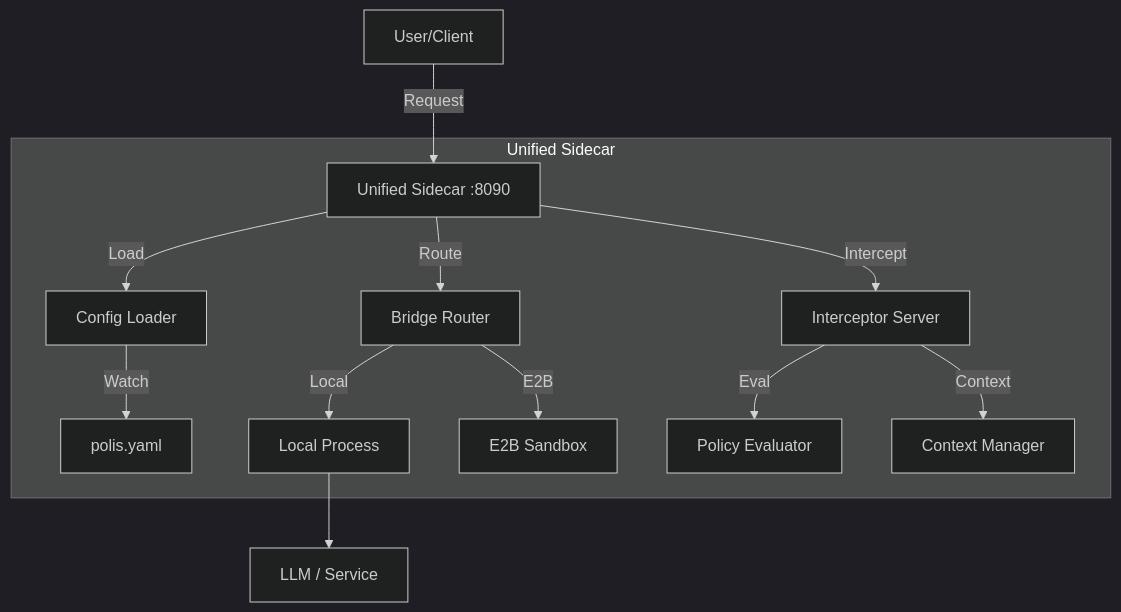
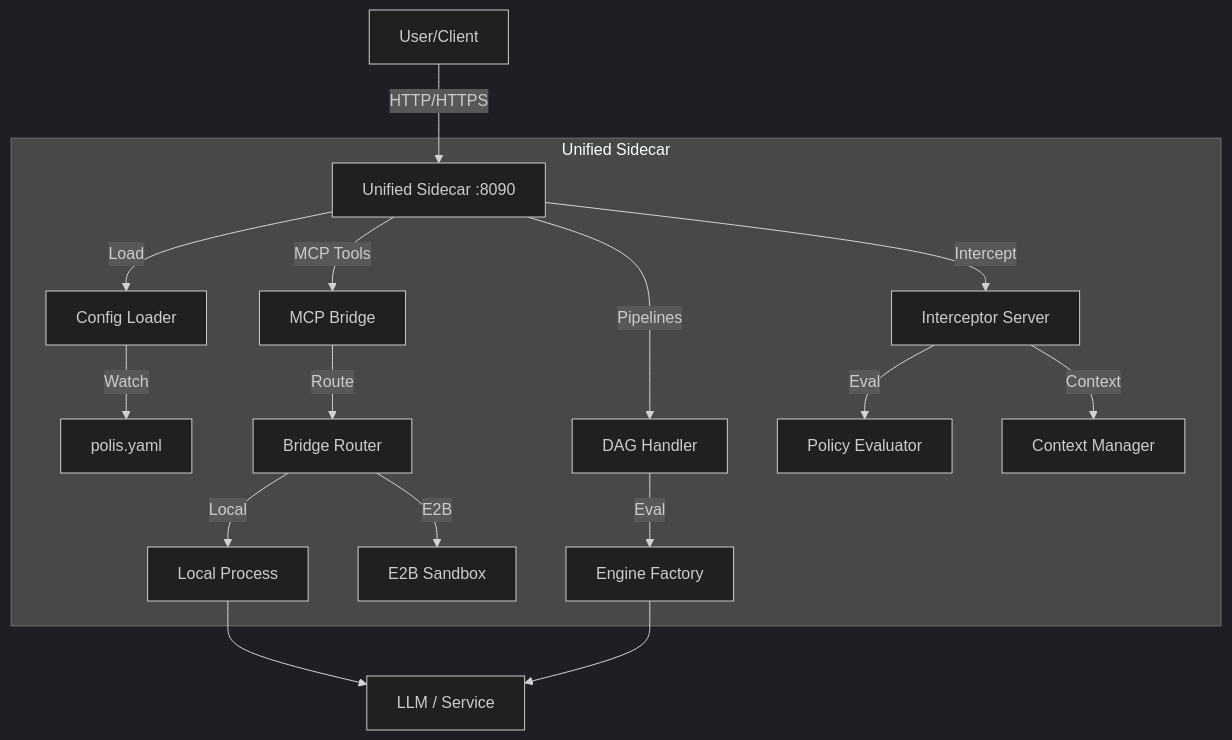
Before and after one commit to polisai/polis-oss: the diagram in docs/codebase_summary.md, drawn with Mermaid (dark theme). The commit also changed other lines of this file, not shown here.

First line of the commit message:
Update codebase summary for unified sidecar and MCP bridge

````diff
--- a/docs/codebase_summary.md
+++ b/docs/codebase_summary.md
@@ -13,19 +14,24 @@
 ```mermaid
 graph TD
-    User[User/Client] -->|Request| Sidecar[Unified Sidecar :8090]
+    User[User/Client] -->|HTTP/HTTPS| Sidecar[Unified Sidecar :8090]
     
     subgraph Unified Sidecar
         Sidecar -->|Load| Config[Config Loader]
         Config -->|Watch| File[polis.yaml]
         
-        Sidecar -->|Route| Router[Bridge Router]
-        Router -->|Local| LocalProc[Local Process]
-        Router -->|E2B| E2BProc[E2B Sandbox]
+        Sidecar -->|MCP Tools| Bridge[MCP Bridge]
+        Bridge -->|Route| BRouter[Bridge Router]
+        BRouter -->|Local| LocalProc[Local Process]
+        BRouter -->|E2B| E2BProc[E2B Sandbox]
+        
+        Sidecar -->|Pipelines| DAG[DAG Handler]
+        DAG -->|Eval| Engine[Engine Factory]
         
         Sidecar -->|Intercept| Interceptor[Interceptor Server]
         Interceptor -->|Eval| Policy[Policy Evaluator]
         Interceptor -->|Context| CtxMgr[Context Manager]
     end
     
     LocalProc --> Upstream[LLM / Service]
+    Engine --> Upstream
 ```
````
